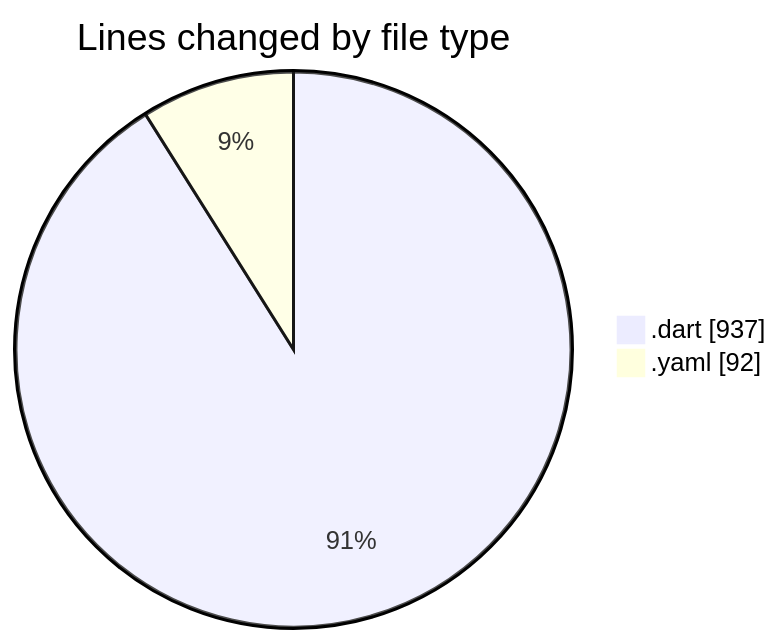
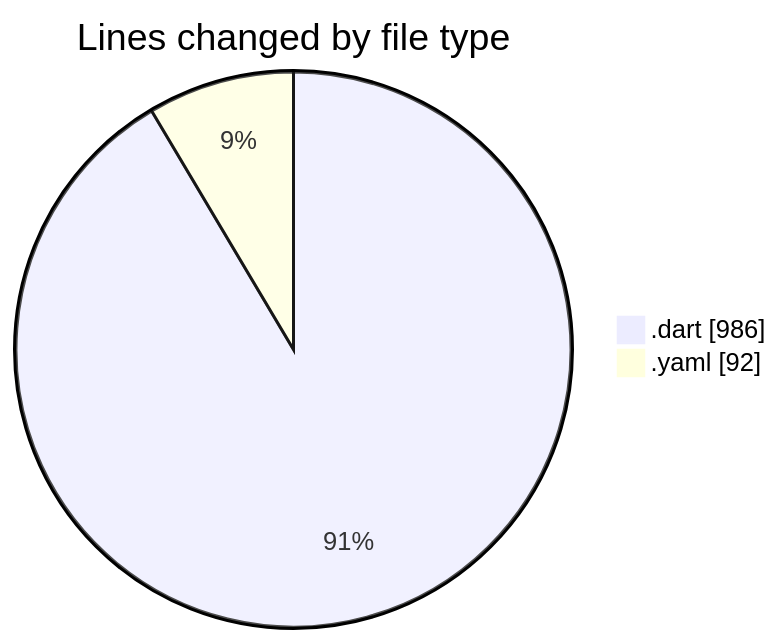
One commit to donsfak/code-tracking changed the first of 2 diagrams in 2025-03-27/wordle/README.md. Above: the diagram before and after it, drawn with Mermaid. The commit also changed other lines of this file and 1 other file, not shown here.

````diff
--- a/2025-03-27/wordle/README.md
+++ b/2025-03-27/wordle/README.md
@@ -28,6 +28,6 @@
 ```mermaid
 pie showData
 title Lines changed by file type
-".dart" : 937
+".dart" : 986
 ".yaml" : 92
 ```
````
